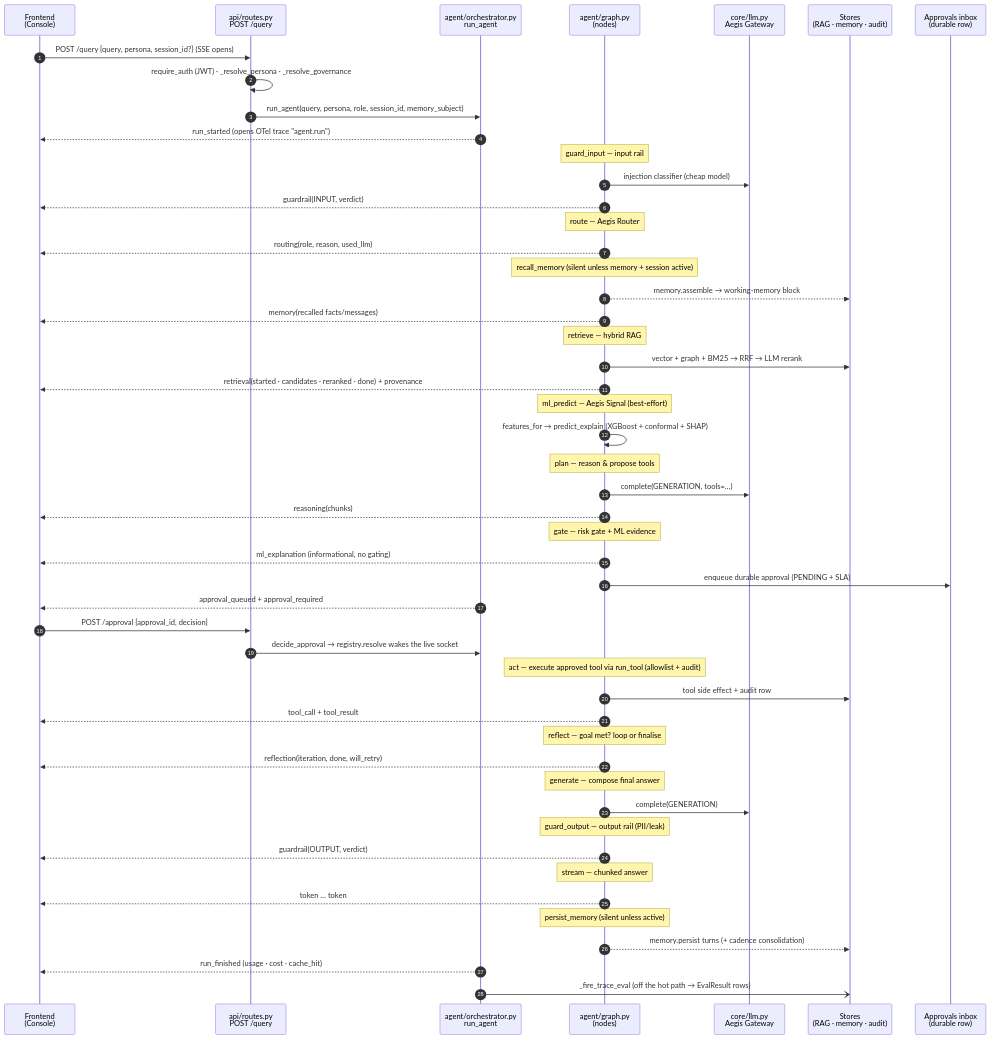
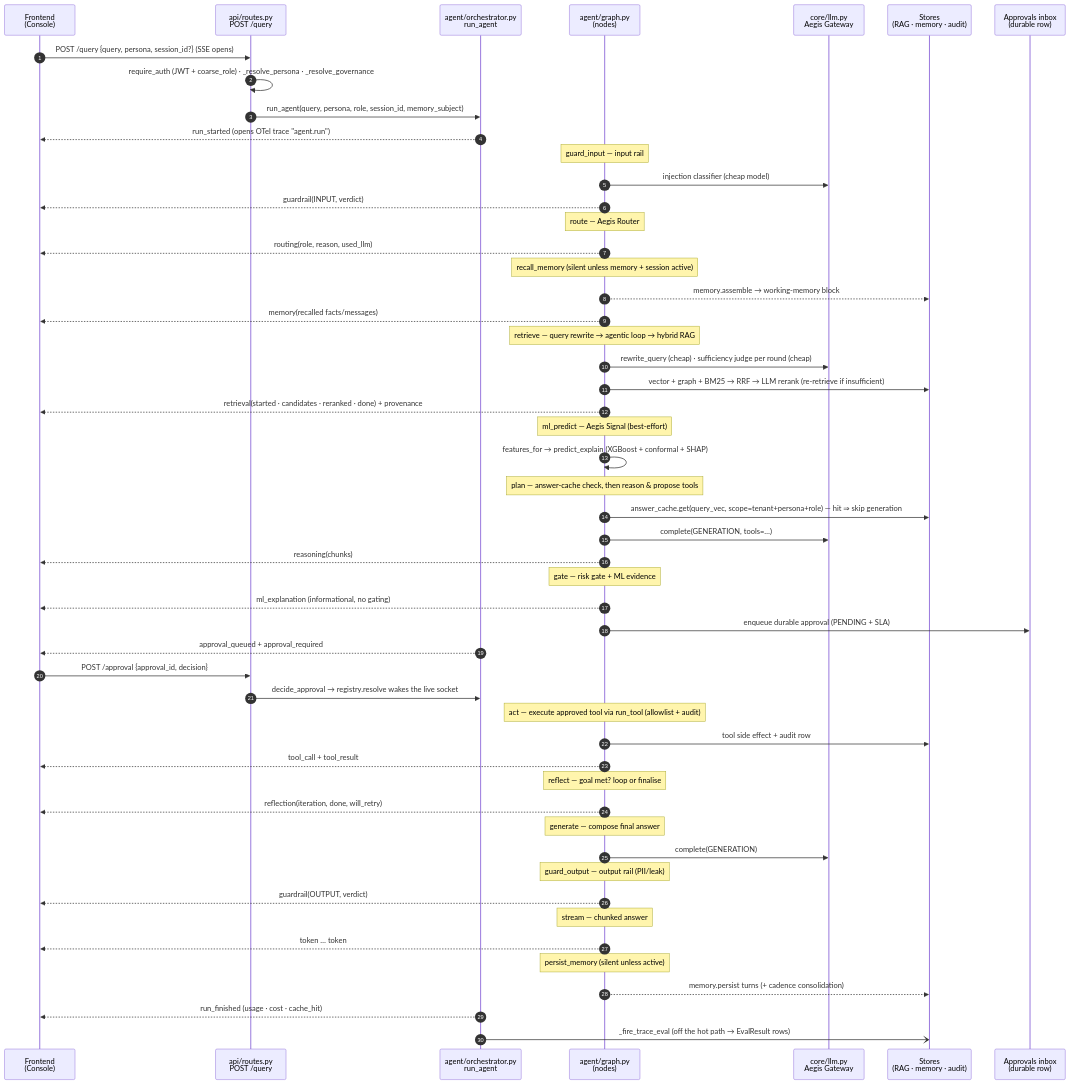
One commit to yrevash/aegis changed the second of 2 diagrams in docs/learn/40-request-flow.md. Above: the diagram before and after it, drawn with Mermaid. The commit also changed other lines of this file and 7 other files, not shown here.

````diff
--- a/docs/learn/40-request-flow.md
+++ b/docs/learn/40-request-flow.md
@@ -53,54 +53,56 @@
 ```mermaid
 sequenceDiagram
     autonumber
     participant FE as Frontend<br/>(Console)
     participant API as api/routes.py<br/>POST /query
     participant ORC as agent/orchestrator.py<br/>run_agent
     participant G as agent/graph.py<br/>(nodes)
     participant GW as core/llm.py<br/>Aegis Gateway
     participant ST as Stores<br/>(RAG · memory · audit)
     participant INBOX as Approvals inbox<br/>(durable row)
 
     FE->>API: POST /query {query, persona, session_id?} (SSE opens)
-    API->>API: require_auth (JWT) · _resolve_persona · _resolve_governance
+    API->>API: require_auth (JWT + coarse_role) · _resolve_persona · _resolve_governance
     API->>ORC: run_agent(query, persona, role, session_id, memory_subject)
     ORC-->>FE: run_started (opens OTel trace "agent.run")
 
     Note over G: guard_input — input rail
     G->>GW: injection classifier (cheap model)
     G-->>FE: guardrail(INPUT, verdict)
     Note over G: route — Aegis Router
     G-->>FE: routing(role, reason, used_llm)
     Note over G: recall_memory (silent unless memory + session active)
     G-->>ST: memory.assemble → working-memory block
     G-->>FE: memory(recalled facts/messages)
-    Note over G: retrieve — hybrid RAG
-    G->>ST: vector + graph + BM25 → RRF → LLM rerank
+    Note over G: retrieve — query rewrite → agentic loop → hybrid RAG
+    G->>GW: rewrite_query (cheap) · sufficiency judge per round (cheap)
+    G->>ST: vector + graph + BM25 → RRF → LLM rerank (re-retrieve if insufficient)
     G-->>FE: retrieval(started · candidates · reranked · done) + provenance
     Note over G: ml_predict — Aegis Signal (best-effort)
     G->>G: features_for → predict_explain (XGBoost + conformal + SHAP)
-    Note over G: plan — reason & propose tools
+    Note over G: plan — answer-cache check, then reason & propose tools
+    G->>ST: answer_cache.get(query_vec, scope=tenant+persona+role) — hit ⇒ skip generation
     G->>GW: complete(GENERATION, tools=…)
     G-->>FE: reasoning(chunks)
     Note over G: gate — risk gate + ML evidence
     G-->>FE: ml_explanation (informational, no gating)
     G->>INBOX: enqueue durable approval (PENDING + SLA)
     ORC-->>FE: approval_queued + approval_required
     FE->>API: POST /approval {approval_id, decision}
     API->>ORC: decide_approval → registry.resolve wakes the live socket
     Note over G: act — execute approved tool via run_tool (allowlist + audit)
     G->>ST: tool side effect + audit row
     G-->>FE: tool_call + tool_result
     Note over G: reflect — goal met? loop or finalise
     G-->>FE: reflection(iteration, done, will_retry)
     Note over G: generate — compose final answer
     G->>GW: complete(GENERATION)
     Note over G: guard_output — output rail (PII/leak)
     G-->>FE: guardrail(OUTPUT, verdict)
     Note over G: stream — chunked answer
     G-->>FE: token … token
     Note over G: persist_memory (silent unless active)
     G-->>ST: memory.persist turns (+ cadence consolidation)
     ORC-->>FE: run_finished (usage · cost · cache_hit)
     ORC-)ST: _fire_trace_eval (off the hot path → EvalResult rows)
 ```
````
